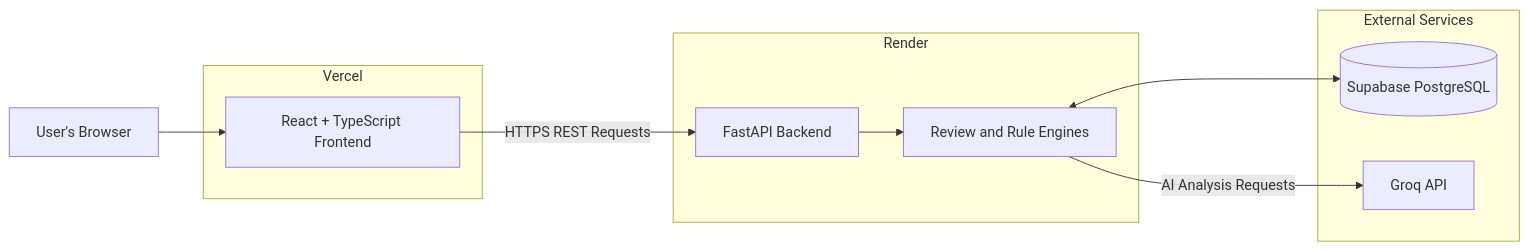
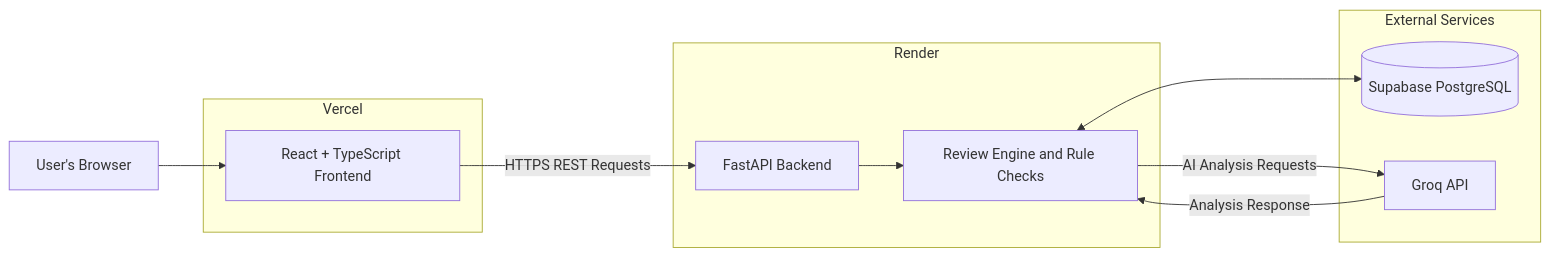
Before and after one commit to Sumit182004/BrandGuard-AI: the third of 4 diagrams in README.md, drawn with Mermaid. The commit also changed other lines of this file, not shown here.

````diff
--- a/README.md
+++ b/README.md
@@ -206,24 +210,25 @@
 ```mermaid
 flowchart LR
     USER["User's Browser"]
 
     subgraph VERCEL["Vercel"]
         FRONTEND["React + TypeScript Frontend"]
     end
 
     subgraph RENDER["Render"]
         BACKEND["FastAPI Backend"]
-        ENGINE["Review and Rule Engines"]
+        ENGINE["Review Engine and Rule Checks"]
     end
 
-    subgraph SERVICES["External Services"]
-        SUPABASE[("Supabase PostgreSQL")]
+    subgraph EXTERNAL["External Services"]
+        DB[("Supabase PostgreSQL")]
         GROQ["Groq API"]
     end
 
     USER --> FRONTEND
     FRONTEND -->|"HTTPS REST Requests"| BACKEND
     BACKEND --> ENGINE
-    ENGINE <--> SUPABASE
+    ENGINE <--> DB
     ENGINE -->|"AI Analysis Requests"| GROQ
+    GROQ -->|"Analysis Response"| ENGINE
 ```
````
